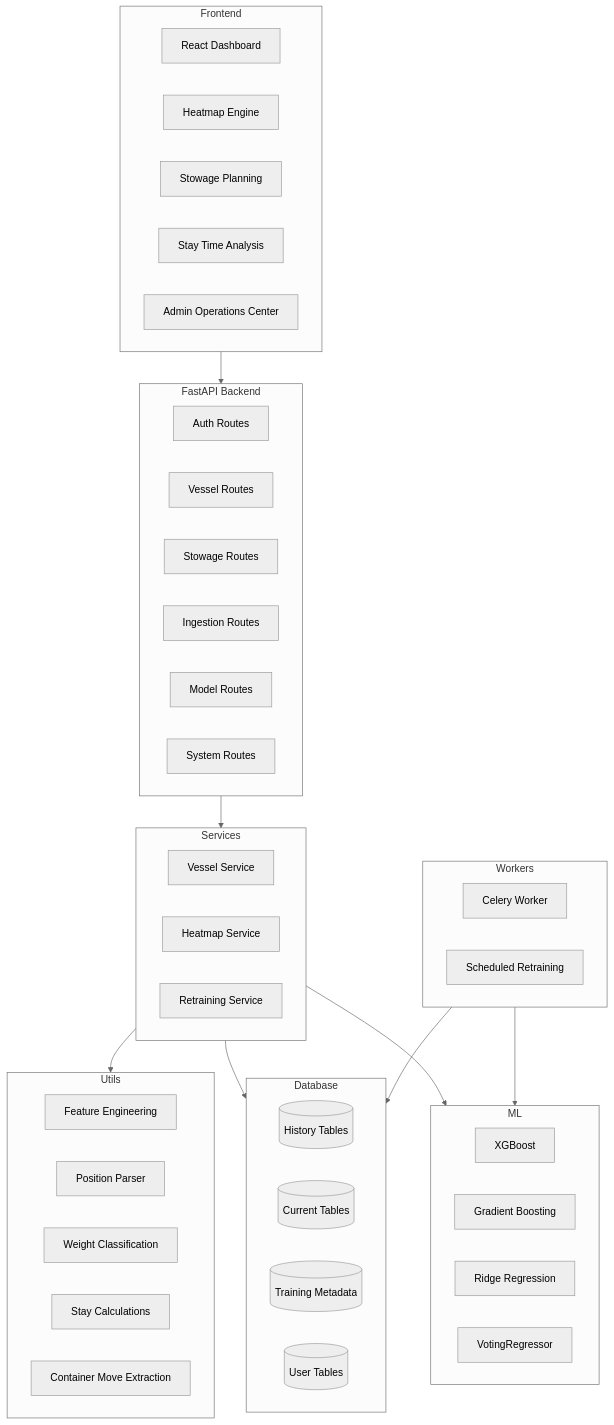
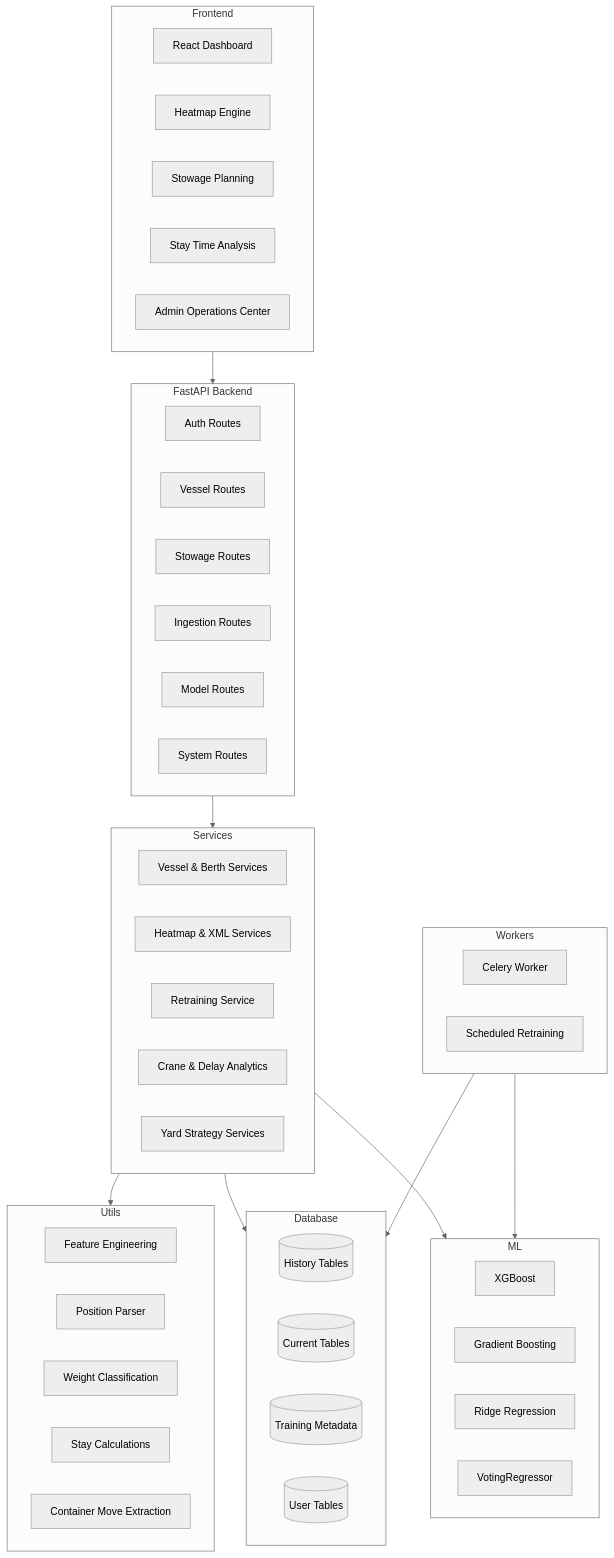
One commit to SHATHISH-07/port-system changed the first of 9 diagrams in README.md. Above: the diagram before and after it, drawn with Mermaid (neutral theme). The commit also changed other lines of this file, not shown here.

````diff
--- a/README.md
+++ b/README.md
@@ -338,61 +312,63 @@
 ```mermaid
 graph TB
 
     subgraph Frontend
         A1[React Dashboard]
         A2[Heatmap Engine]
         A3[Stowage Planning]
         A4[Stay Time Analysis]
         A5[Admin Operations Center]
     end
 
     subgraph API["FastAPI Backend"]
         B1[Auth Routes]
         B2[Vessel Routes]
         B3[Stowage Routes]
         B4[Ingestion Routes]
         B5[Model Routes]
         B6[System Routes]
     end
 
     subgraph Services
-        C1[Vessel Service]
-        C2[Heatmap Service]
+        C1[Vessel & Berth Services]
+        C2[Heatmap & XML Services]
         C3[Retraining Service]
+        C4[Crane & Delay Analytics]
+        C5[Yard Strategy Services]
     end
 
     subgraph Utils
         D1[Feature Engineering]
         D2[Position Parser]
         D3[Weight Classification]
         D4[Stay Calculations]
         D5[Container Move Extraction]
     end
 
     subgraph ML
         E1[XGBoost]
         E2[Gradient Boosting]
         E3[Ridge Regression]
         E4[VotingRegressor]
     end
 
     subgraph Database
         F1[(History Tables)]
         F2[(Current Tables)]
         F3[(Training Metadata)]
         F4[(User Tables)]
     end
 
     subgraph Workers
         G1[Celery Worker]
         G2[Scheduled Retraining]
     end
 
     Frontend --> API
     API --> Services
     Services --> Utils
     Services --> Database
     Services --> ML
     Workers --> ML
     Workers --> Database
 ```
````
